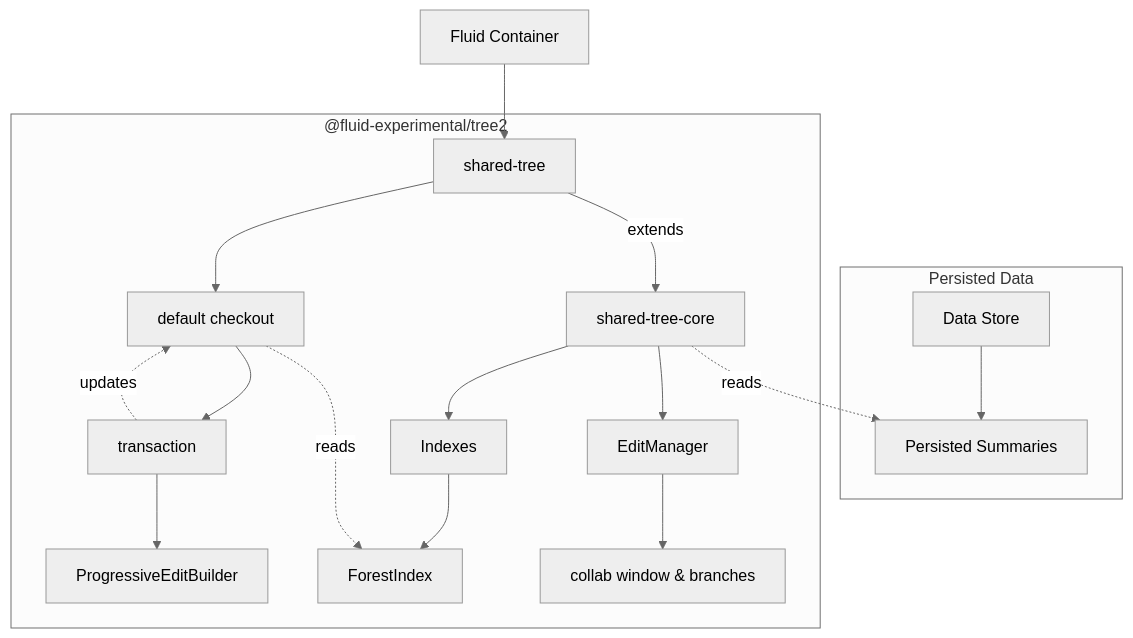
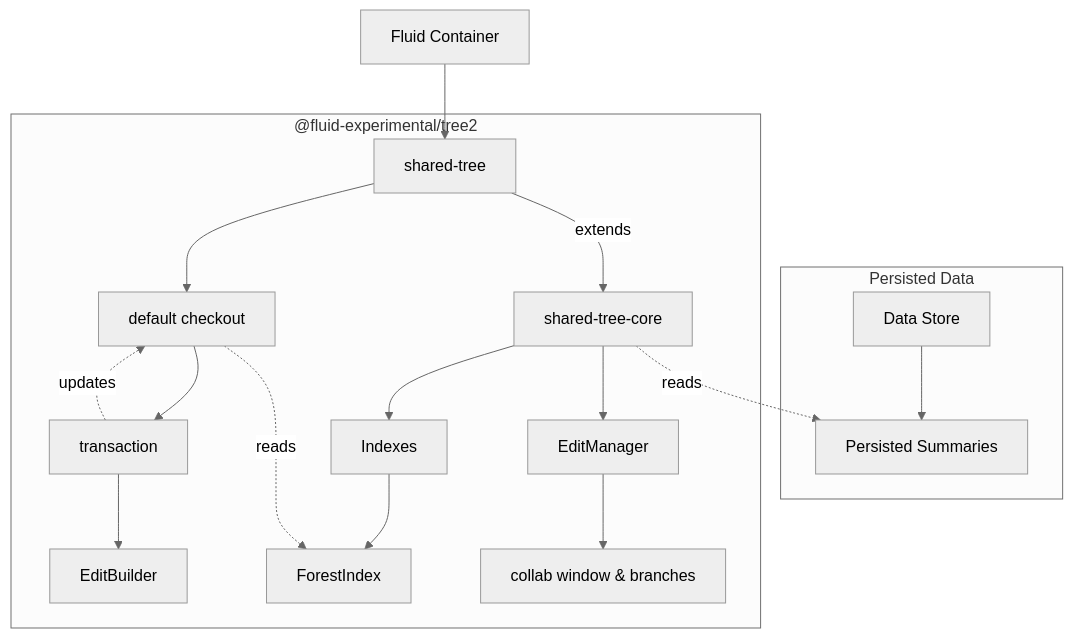
The first of 6 diagrams in experimental/dds/tree2/README.md (microsoft/FluidFramework), drawn with Mermaid (neutral theme) before and after one commit. The commit also changed other lines of this file and 12 other files, not shown here.

Commit message:
Remove ProgressiveEditBuilder

````diff
--- a/experimental/dds/tree2/README.md
+++ b/experimental/dds/tree2/README.md
@@ -107,18 +107,18 @@
 ```mermaid
 graph TD;
     subgraph "Persisted Data"
         store["Data Store"]-->doc["Persisted Summaries"]
     end
     container["Fluid Container"]-->shared-tree
     subgraph "@fluid-experimental/tree2"
         shared-tree--"extends"-->shared-tree-core
         shared-tree-core-."reads".->doc
         shared-tree-core-->EditManager-->X["collab window & branches"]
         shared-tree-core-->Indexes-->ForestIndex
         shared-tree-->checkout["default checkout"]
         transaction-."updates".->checkout
-        transaction-->ProgressiveEditBuilder
+        transaction-->EditBuilder
         checkout-."reads".->ForestIndex
         checkout-->transaction
     end
 ```
````
